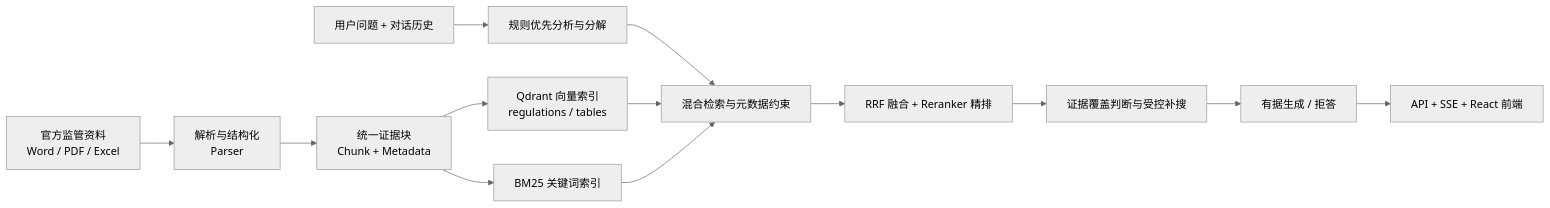
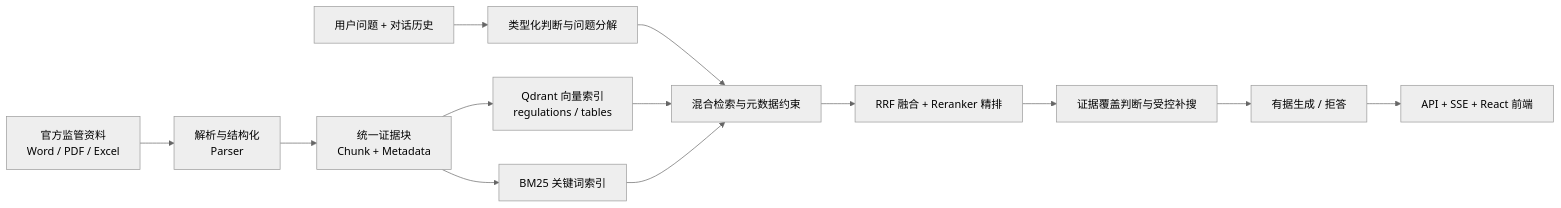
The first of 4 diagrams in docs/技术文档.md (wxl-0/trusted-rag-banking), drawn with Mermaid (neutral theme) before and after one commit. The commit also changed other lines of this file and 4 other files, not shown here.

````diff
--- a/docs/技术文档.md
+++ b/docs/技术文档.md
@@ -71,15 +71,15 @@
 ```mermaid
 flowchart LR
     A["官方监管资料<br/>Word / PDF / Excel"] --> B["解析与结构化<br/>Parser"]
     B --> C["统一证据块<br/>Chunk + Metadata"]
     C --> D1["Qdrant 向量索引<br/>regulations / tables"]
     C --> D2["BM25 关键词索引"]
-    Q["用户问题 + 对话历史"] --> E["规则优先分析与分解"]
+    Q["用户问题 + 对话历史"] --> E["类型化判断与问题分解"]
     E --> F["混合检索与元数据约束"]
     D1 --> F
     D2 --> F
     F --> G["RRF 融合 + Reranker 精排"]
     G --> H["证据覆盖判断与受控补搜"]
     H --> I["有据生成 / 拒答"]
     I --> J["API + SSE + React 前端"]
 ```
````
